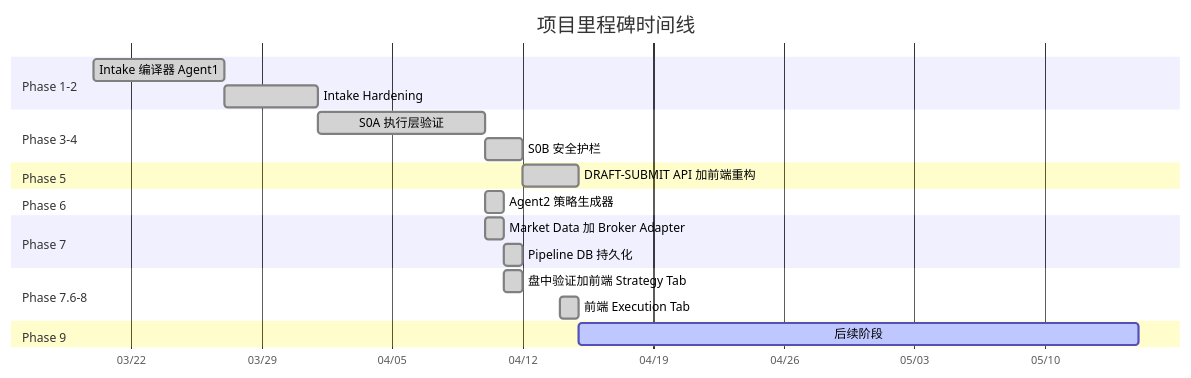
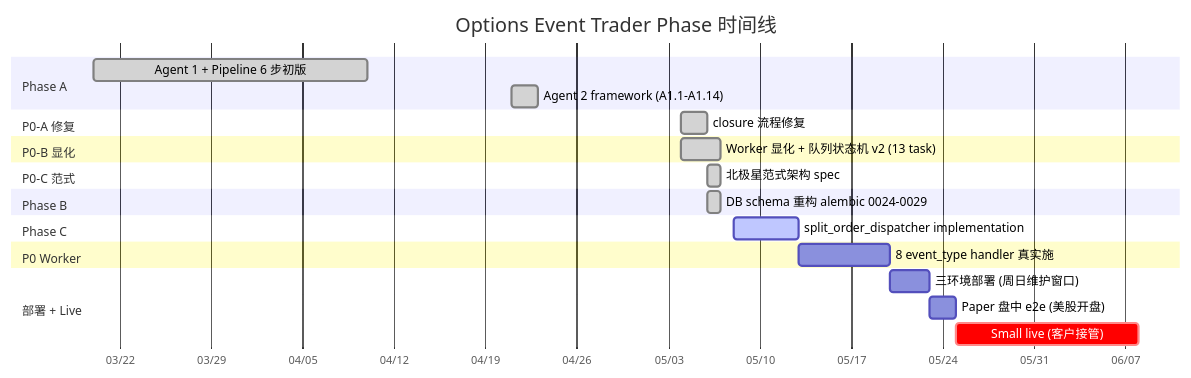
Before and after one commit to ChunmiaoYu/Projects-Wiki: the third of 4 diagrams in docs/options-trader/09_roadmap.md, drawn with Mermaid. The commit also changed other lines of this file and 8 other files, not shown here.

````diff
--- a/docs/options-trader/09_roadmap.md
+++ b/docs/options-trader/09_roadmap.md
@@ -27,31 +338,33 @@
 ```mermaid
 gantt
-    title 项目里程碑时间线
+    title Options Event Trader Phase 时间线
     dateFormat YYYY-MM-DD
     axisFormat %m/%d
 
-    section Phase 1-2
-    Intake 编译器 Agent1           :done, p1, 2026-03-20, 7d
-    Intake Hardening              :done, p2, after p1, 5d
+    section Phase A
+    Agent 1 + Pipeline 6 步初版              :done, pa, 2026-03-20, 2026-04-10
+    Agent 2 framework (A1.1-A1.14)           :done, pa2, 2026-04-21, 2026-04-23
 
-    section Phase 3-4
-    S0A 执行层验证                 :done, p3, 2026-04-01, 9d
-    S0B 安全护栏                   :done, p4, after p3, 2d
+    section P0-A 修复
+    closure 流程修复                          :done, p0a, 2026-05-04, 2d
 
-    section Phase 5
-    DRAFT-SUBMIT API 加前端重构     :done, p5, after p4, 3d
+    section P0-B 显化
+    Worker 显化 + 队列状态机 v2 (13 task)     :done, p0b, 2026-05-04, 3d
 
-    section Phase 6
-    Agent2 策略生成器               :done, p6, 2026-04-10, 1d
+    section P0-C 范式
+    北极星范式架构 spec                       :done, p0c, 2026-05-06, 1d
 
-    section Phase 7
-    Market Data 加 Broker Adapter  :done, p7, 2026-04-10, 1d
-    Pipeline DB 持久化             :done, p75, after p7, 1d
+    section Phase B
+    DB schema 重构 alembic 0024-0029         :done, pb, 2026-05-06, 2026-05-07
 
-    section Phase 7.6-8
-    盘中验证加前端 Strategy Tab     :done, p76, 2026-04-11, 1d
-    前端 Execution Tab             :done, p8, 2026-04-14, 1d
+    section Phase C
+    split_order_dispatcher implementation     :active, pc, 2026-05-08, 5d
 
-    section Phase 9
-    后续阶段                       :active, p9, after p8, 30d
+    section P0 Worker
+    8 event_type handler 真实施              :pworker, after pc, 7d
+
+    section 部署 + Live
+    三环境部署 (周日维护窗口)                 :pdeploy, after pworker, 3d
+    Paper 盘中 e2e (美股开盘)                 :ppaper, after pdeploy, 2d
+    Small live (客户接管)                     :crit, plive, after ppaper, 14d
 ```
````
